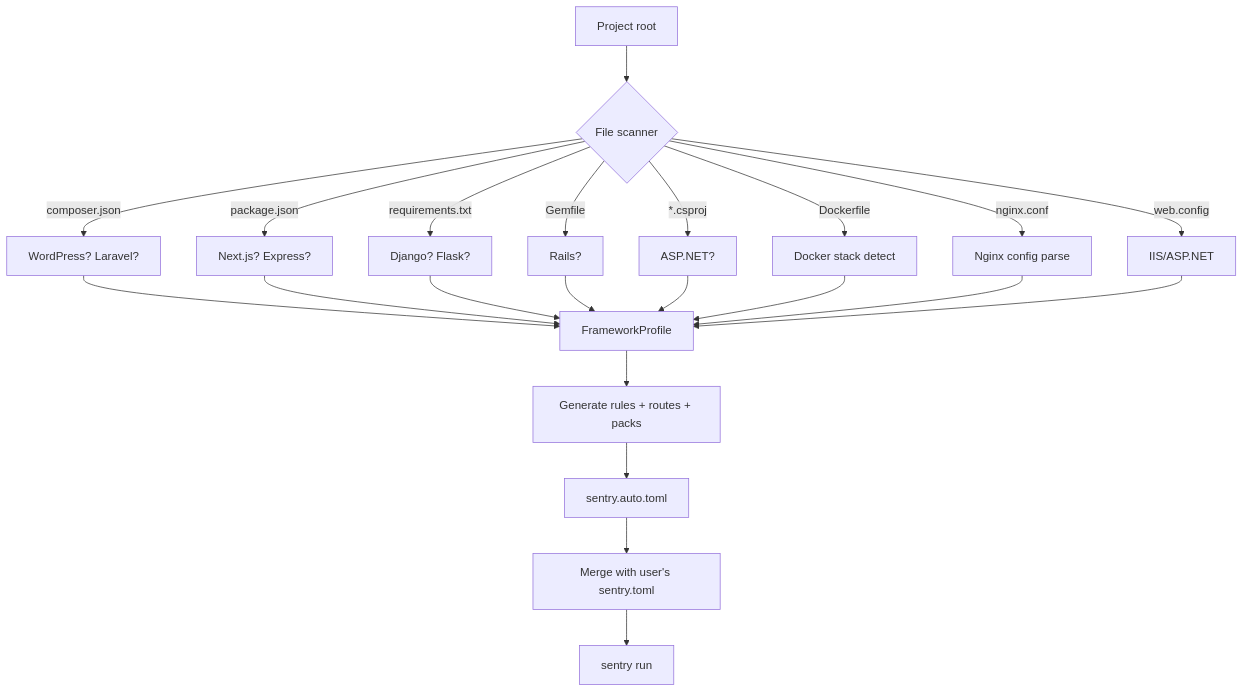
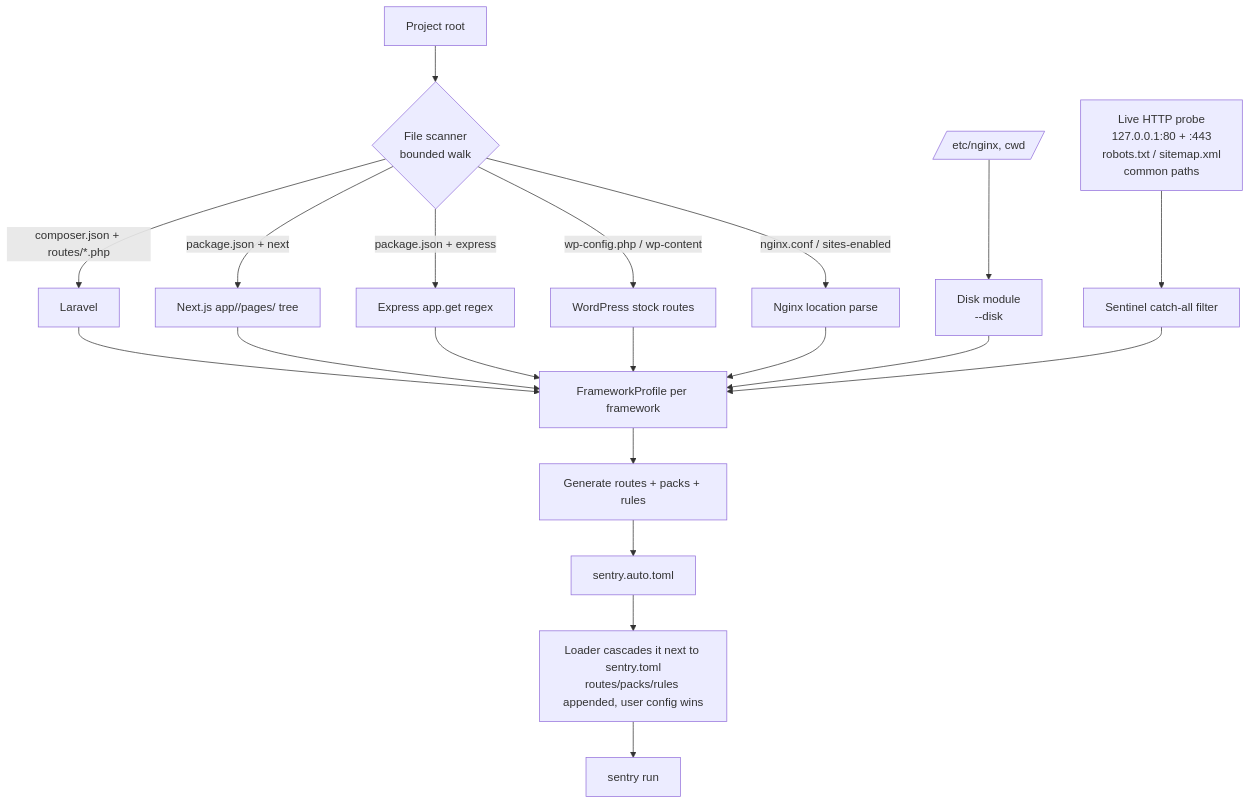
Before and after one commit to IDjinn/sentry: the ninth of 9 diagrams in ARCHITECTURE.md, drawn with Mermaid. The commit also changed other lines of this file and 32 other files, not shown here.

First line of the commit message:
feat(auto): add sentry-auto crate with framework detection and `sentry auto` command

````diff
--- a/ARCHITECTURE.md
+++ b/ARCHITECTURE.md
@@ -1403,24 +1410,22 @@
 ```mermaid
 flowchart TB
-    ROOT[Project root] --> SCAN{File scanner}
-    SCAN -->|composer.json| WP[WordPress? Laravel?]
-    SCAN -->|package.json| NODE[Next.js? Express?]
-    SCAN -->|requirements.txt| PY[Django? Flask?]
-    SCAN -->|Gemfile| RB[Rails?]
-    SCAN -->|*.csproj| DOTNET[ASP.NET?]
-    SCAN -->|Dockerfile| DOCK[Docker stack detect]
-    SCAN -->|nginx.conf| NGINX[Nginx config parse]
-    SCAN -->|web.config| IIS[IIS/ASP.NET]
-    WP --> DETECT[FrameworkProfile]
-    NODE --> DETECT
-    PY --> DETECT
-    RB --> DETECT
-    DOTNET --> DETECT
-    DOCK --> DETECT
+    ROOT[Project root] --> SCAN{File scanner<br/>bounded walk}
+    SCAN -->|composer.json + routes/*.php| LAR[Laravel]
+    SCAN -->|package.json + next| NEXT[Next.js app//pages/ tree]
+    SCAN -->|package.json + express| EXPR[Express app.get regex]
+    SCAN -->|wp-config.php / wp-content| WP[WordPress stock routes]
+    SCAN -->|nginx.conf / sites-enabled| NGINX[Nginx location parse]
+    DISK[/etc/nginx, cwd/] --> NGINX2[Disk module<br/>--disk]
+    PROBE[Live HTTP probe<br/>127.0.0.1:80 + :443<br/>robots.txt / sitemap.xml<br/>common paths] --> SENT[Sentinel catch-all filter]
+    LAR --> DETECT[FrameworkProfile per framework]
+    NEXT --> DETECT
+    EXPR --> DETECT
+    WP --> DETECT
     NGINX --> DETECT
-    IIS --> DETECT
-    DETECT --> GEN[Generate rules + routes + packs]
+    NGINX2 --> DETECT
+    SENT --> DETECT
+    DETECT --> GEN[Generate routes + packs + rules]
     GEN --> OUT[sentry.auto.toml]
-    OUT --> MERGE[Merge with user's sentry.toml]
-    MERGE --> RUN[sentry run]
+    OUT --> CASCADE[Loader cascades it next to sentry.toml<br/>routes/packs/rules appended, user config wins]
+    CASCADE --> RUN[sentry run]
 ```
````
